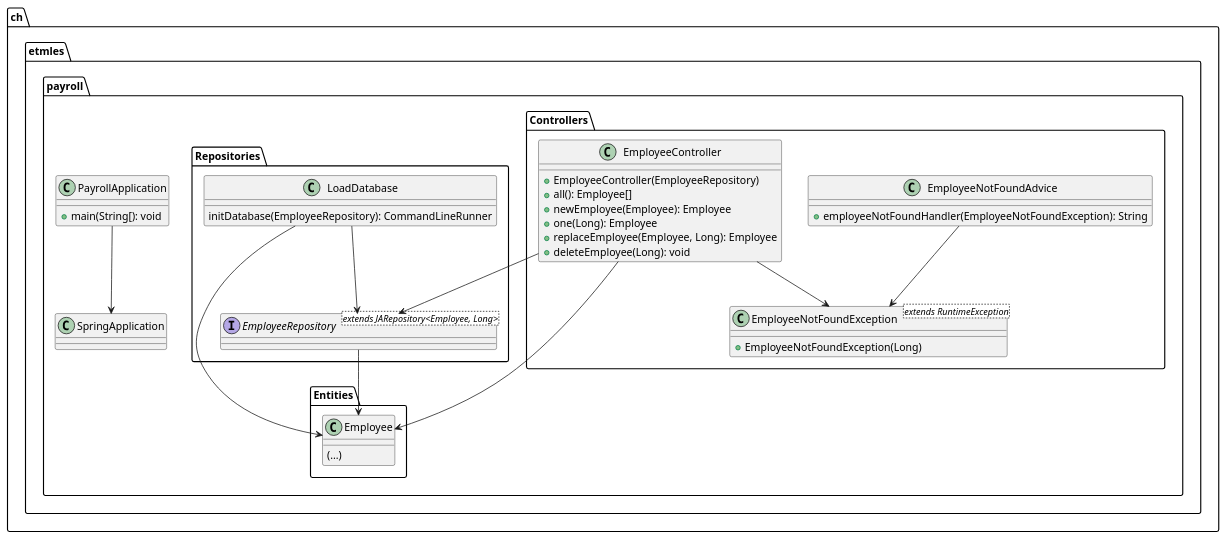
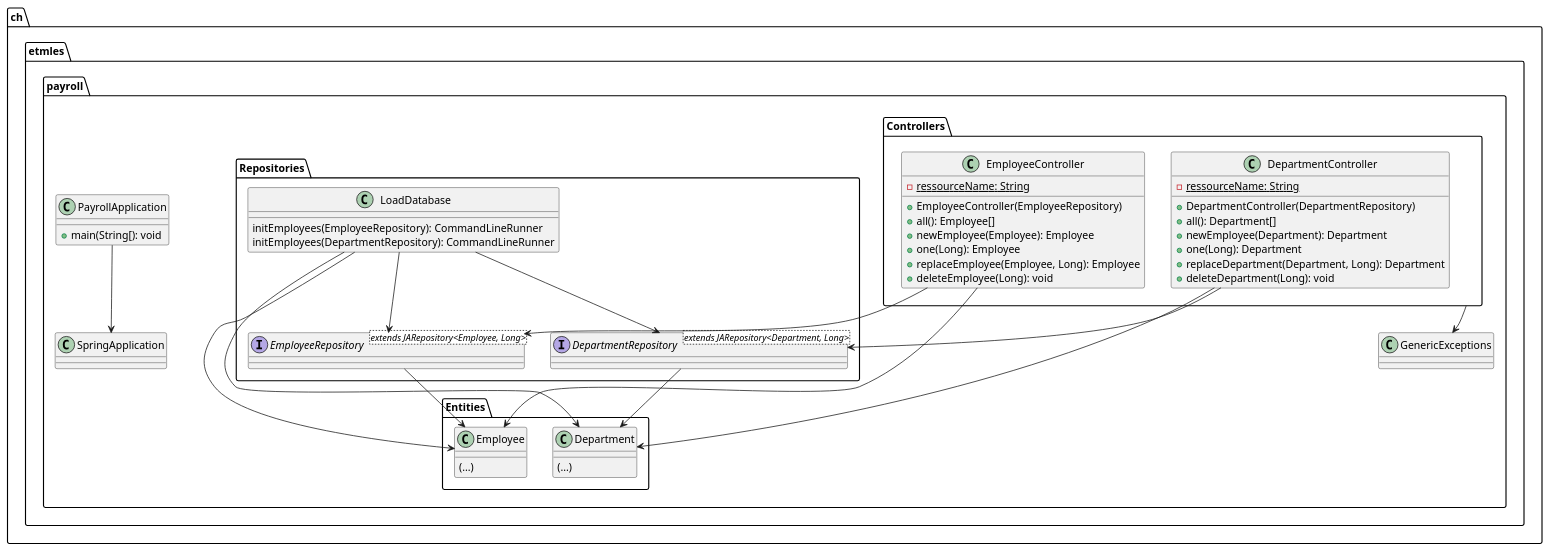
The diagram in class.diagram.plantuml (Manueloro/spring-warm-up), drawn with PlantUML before and after one commit.

Commit message:
docs: refactor exceptions and department ressource

```diff
--- a/class.diagram.plantuml
+++ b/class.diagram.plantuml
@@ -1,53 +1,67 @@
 @startuml
 
 package "ch.etmles.payroll" {
     class PayrollApplication {
         +main(String[): void
     }
 
     "PayrollApplication" --> "SpringApplication"
 
     package "Controllers" {
         class "EmployeeController" {
+            {static}-ressourceName: String
             +EmployeeController(EmployeeRepository)
             +all(): Employee[]
             +newEmployee(Employee): Employee
             +one(Long): Employee
             +replaceEmployee(Employee, Long): Employee
             +deleteEmployee(Long): void
         }
 
-        class "EmployeeNotFoundAdvice" {
-            +employeeNotFoundHandler(EmployeeNotFoundException): String
-        }
-
-        class "EmployeeNotFoundException"<extends RuntimeException> {
-            +EmployeeNotFoundException(Long)
+        class "DepartmentController" {
+            {static}-ressourceName: String
+            +DepartmentController(DepartmentRepository)
+            +all(): Department[]
+            +newEmployee(Department): Department
+            +one(Long): Department
+            +replaceDepartment(Department, Long): Department
+            +deleteDepartment(Long): void
         }
     }
 
     package "Entities" {
         class "Employee" {
             (...)
         }
+        class "Department"{
+            (...)
+        }
     }
 
     package "Repositories" {
         interface "EmployeeRepository"<extends JARepository<Employee, Long>>
+        interface "DepartmentRepository"<extends JARepository<Department, Long>>
         class "LoadDatabase" {
-            initDatabase(EmployeeRepository): CommandLineRunner
+            initEmployees(EmployeeRepository): CommandLineRunner
+            initEmployees(DepartmentRepository): CommandLineRunner
         }
     }
 
+    "Controllers" --> "GenericExceptions"
+
     "EmployeeController" --> "EmployeeRepository"
     "EmployeeController" --> "Employee"
-    "EmployeeController" --> "EmployeeNotFoundException"
-    "EmployeeNotFoundAdvice" --> "EmployeeNotFoundException"
+
+    "DepartmentController" --> "DepartmentRepository"
+    "DepartmentController" --> "Department"
 
     "EmployeeRepository" --> "Employee"
+    "DepartmentRepository" --> "Department"
 
     "LoadDatabase" --> "EmployeeRepository"
     "LoadDatabase" --> "Employee"
+    "LoadDatabase" --> "DepartmentRepository"
+    "LoadDatabase" --> "Department"
 }
 
 @enduml
```
